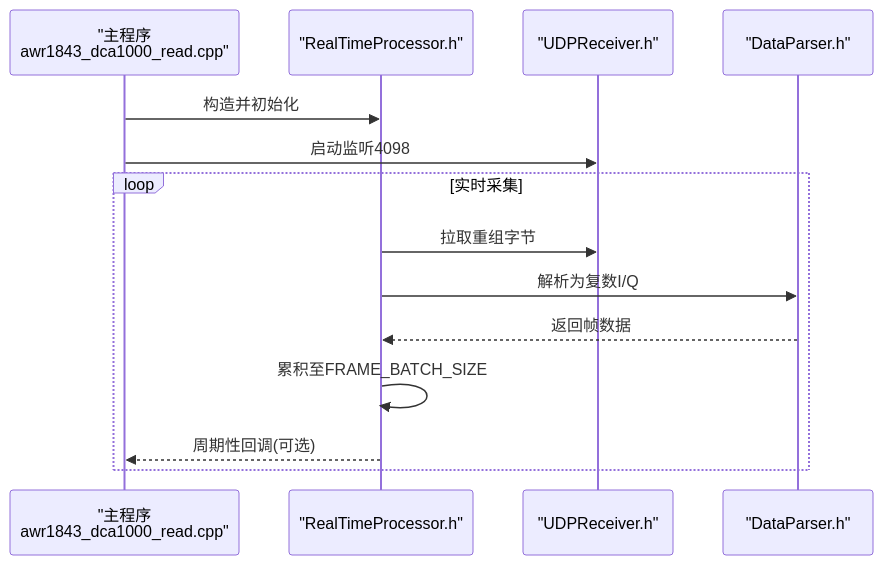
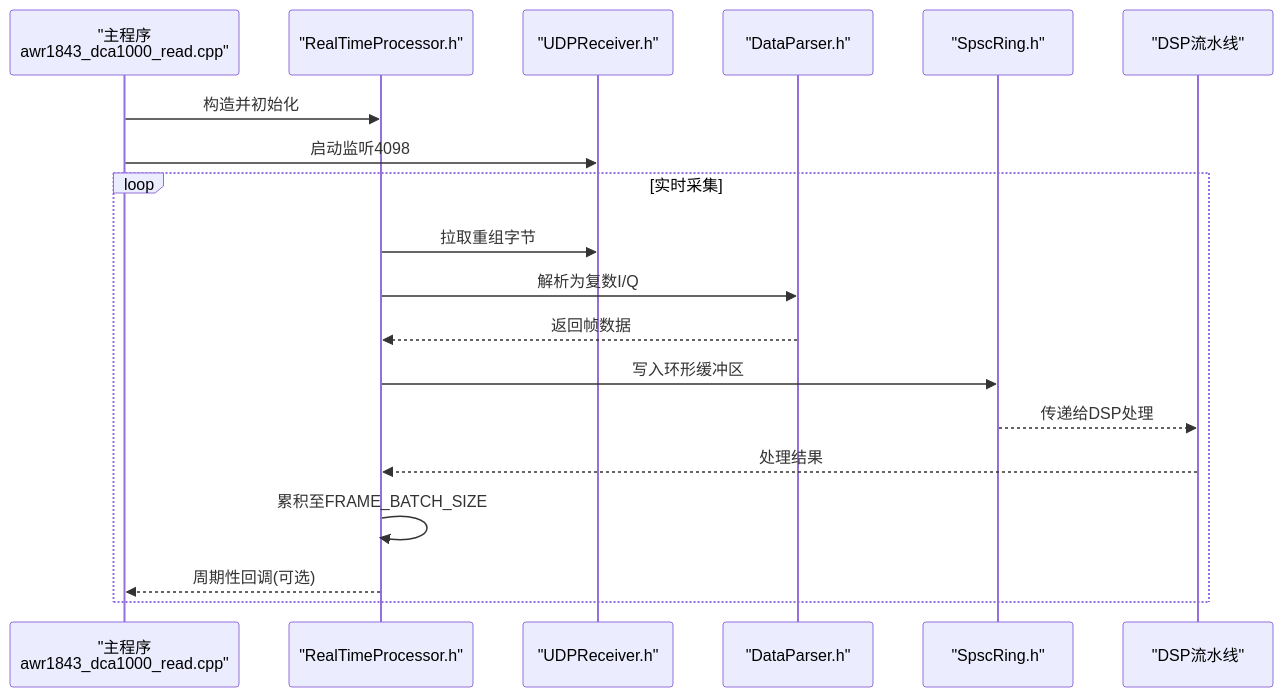
Before and after one commit to Lukad77/awr1843-radar-toolkit: the eighth of 9 diagrams in .qoder/repowiki/zh/content/实时处理流水线与数据流.md, drawn with Mermaid. The commit also changed other lines of this file and 5 other files, not shown here.

````diff
--- a/.qoder/repowiki/zh/content/实时处理流水线与数据流.md
+++ b/.qoder/repowiki/zh/content/实时处理流水线与数据流.md
@@ -214,16 +368,21 @@
 ```mermaid
 sequenceDiagram
 participant M as "主程序<br/>awr1843_dca1000_read.cpp"
 participant RTP as "RealTimeProcessor.h"
 participant UDR as "UDPReceiver.h"
 participant DP as "DataParser.h"
+participant SR as "SpscRing.h"
+participant DSP as "DSP流水线"
 M->>RTP : 构造并初始化
 M->>UDR : 启动监听4098
 loop 实时采集
 RTP->>UDR : 拉取重组字节
 RTP->>DP : 解析为复数I/Q
 DP-->>RTP : 返回帧数据
+RTP->>SR : 写入环形缓冲区
+SR-->>DSP : 传递给DSP处理
+DSP-->>RTP : 处理结果
 RTP->>RTP : 累积至FRAME_BATCH_SIZE
 RTP-->>M : 周期性回调(可选)
 end
 ```
````
